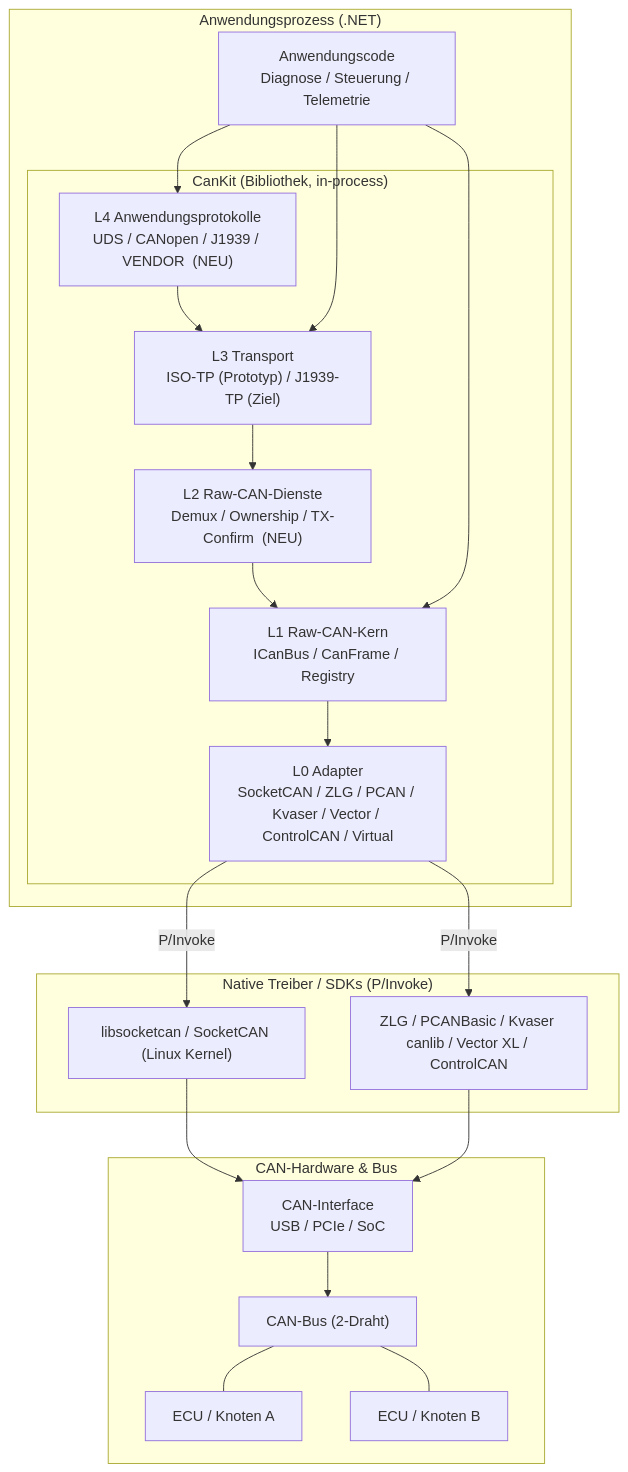
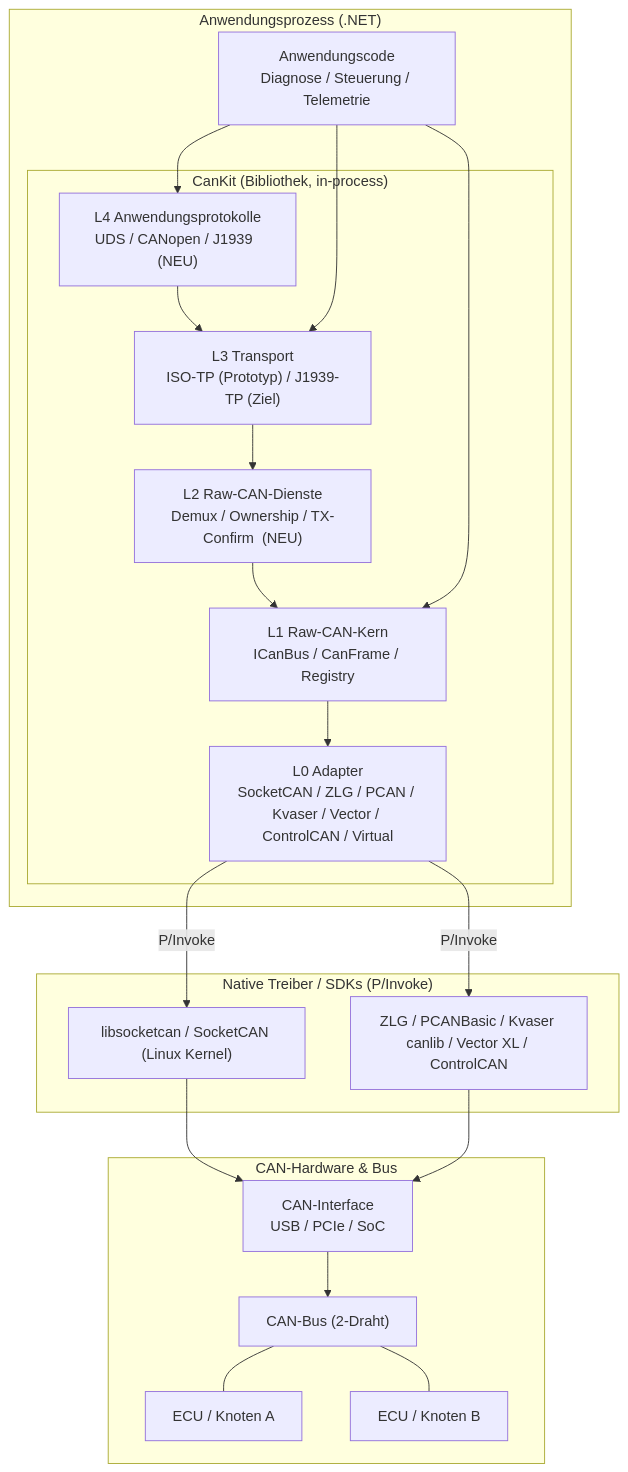
The first of 19 diagrams in docs/architecture/arc42-CanKit.Pro.md (dborgards/CanKit.Pro), drawn with Mermaid before and after one commit. The commit also changed other lines of this file and 17 other files, not shown here.

````diff
--- a/docs/architecture/arc42-CanKit.Pro.md
+++ b/docs/architecture/arc42-CanKit.Pro.md
@@ -179,37 +179,37 @@
 ```mermaid
 flowchart TB
     subgraph App["Anwendungsprozess (.NET)"]
         UserApp["Anwendungscode<br/>Diagnose / Steuerung / Telemetrie"]
         subgraph CanKitLib["CanKit (Bibliothek, in-process)"]
-            L4["L4 Anwendungsprotokolle<br/>UDS / CANopen / J1939 / VENDOR  (NEU)"]
+            L4["L4 Anwendungsprotokolle<br/>UDS / CANopen / J1939  (NEU)"]
             L3["L3 Transport<br/>ISO-TP (Prototyp) / J1939-TP (Ziel)"]
             L2["L2 Raw-CAN-Dienste<br/>Demux / Ownership / TX-Confirm  (NEU)"]
             L1["L1 Raw-CAN-Kern<br/>ICanBus / CanFrame / Registry"]
             L0["L0 Adapter<br/>SocketCAN / ZLG / PCAN / Kvaser / Vector / ControlCAN / Virtual"]
             L4 --> L3 --> L2 --> L1 --> L0
         end
         UserApp --> L4
         UserApp --> L3
         UserApp --> L1
     end
 
     subgraph Native["Native Treiber / SDKs (P/Invoke)"]
         LibSocketCan["libsocketcan / SocketCAN (Linux Kernel)"]
         VendorSdk["ZLG / PCANBasic / Kvaser canlib / Vector XL / ControlCAN"]
     end
 
     subgraph HW["CAN-Hardware & Bus"]
         Iface["CAN-Interface<br/>USB / PCIe / SoC"]
         Bus["CAN-Bus (2-Draht)"]
         ECU1["ECU / Knoten A"]
         ECU2["ECU / Knoten B"]
     end
 
     L0 -->|"P/Invoke"| LibSocketCan
     L0 -->|"P/Invoke"| VendorSdk
     LibSocketCan --> Iface
     VendorSdk --> Iface
     Iface --> Bus
     Bus --- ECU1
     Bus --- ECU2
 ```
````
